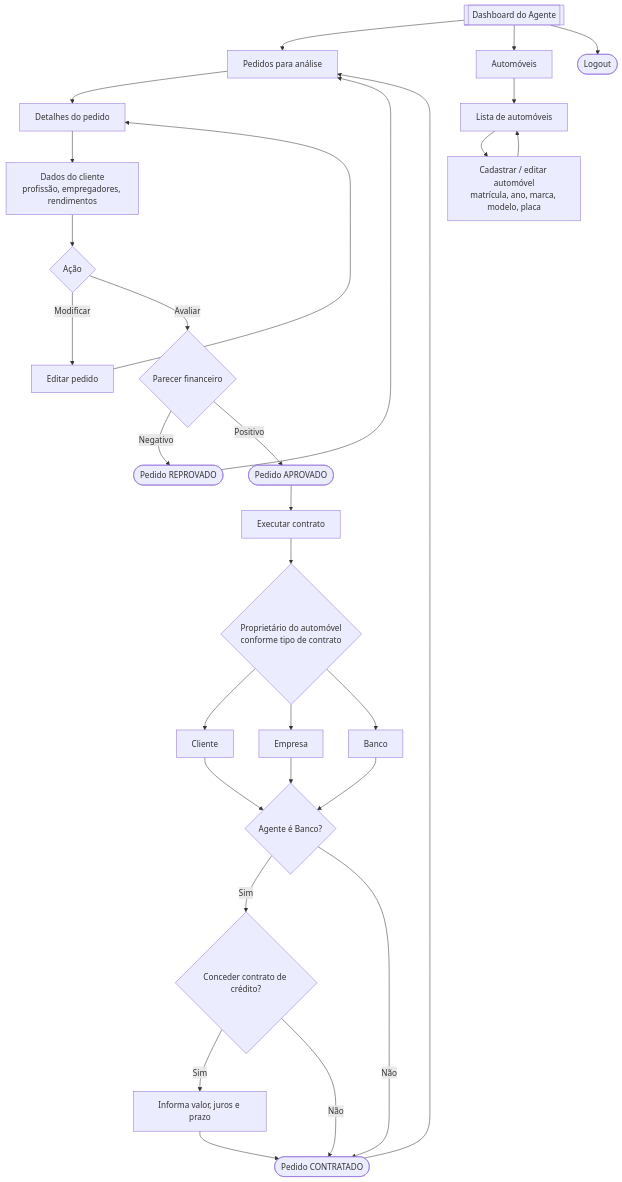
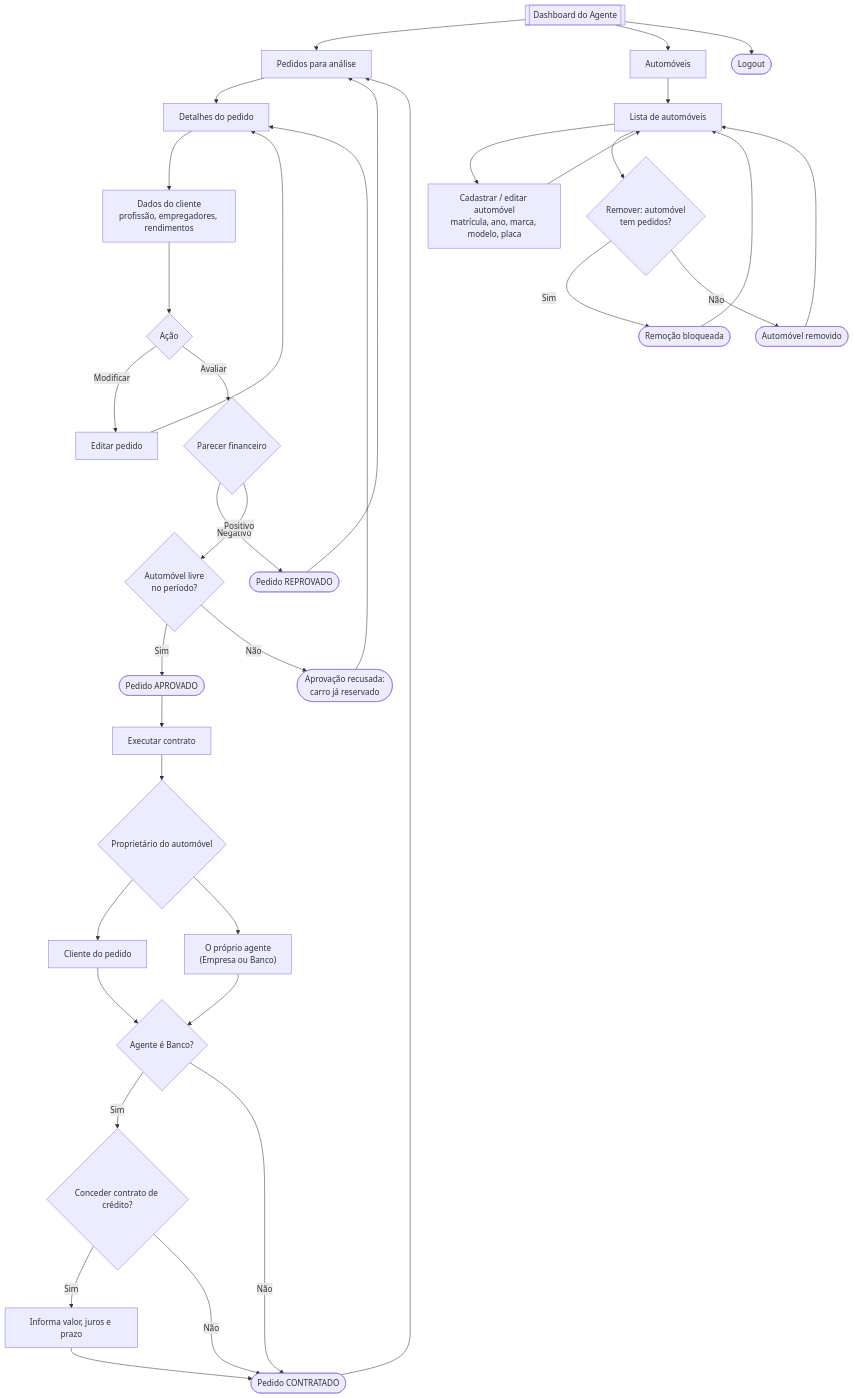
The third of 4 diagrams in docs/user-flow/user-flow.md (sophiafernandesc/car-rental-system), drawn with Mermaid before and after one commit. The commit also changed other lines of this file and 5 other files, not shown here.

Commit message:
docs: atualiza README, user flow, histórias e classes v2 após revisão

````diff
--- a/docs/user-flow/user-flow.md
+++ b/docs/user-flow/user-flow.md
@@ -79,35 +81,38 @@
 ```mermaid
 flowchart TD
     A[[Dashboard do Agente]] --> B[Pedidos para análise]
     A --> V[Automóveis]
     A --> Z([Logout])
 
     %% Avaliação
     B --> B1[Detalhes do pedido]
     B1 --> B2["Dados do cliente<br/>profissão, empregadores, rendimentos"]
     B2 --> B3{Ação}
     B3 -- Modificar --> B4[Editar pedido] --> B1
     B3 -- Avaliar --> B5{Parecer financeiro}
     B5 -- Negativo --> B6(["Pedido REPROVADO"]) --> B
-    B5 -- Positivo --> B7(["Pedido APROVADO"])
+    B5 -- Positivo --> B8{"Automóvel livre<br/>no período?"}
+    B8 -- Sim --> B7(["Pedido APROVADO"])
+    B8 -- Não --> B9(["Aprovação recusada:<br/>carro já reservado"]) --> B1
 
     %% Contrato
     B7 --> C1[Executar contrato]
-    C1 --> C2{"Proprietário do automóvel<br/>conforme tipo de contrato"}
-    C2 --> C3[Cliente]
-    C2 --> C4[Empresa]
-    C2 --> C5[Banco]
+    C1 --> C2{"Proprietário do automóvel"}
+    C2 --> C3[Cliente do pedido]
+    C2 --> C4["O próprio agente<br/>(Empresa ou Banco)"]
     C3 --> C6{Agente é Banco?}
     C4 --> C6
-    C5 --> C6
     C6 -- Sim --> C7{Conceder contrato de crédito?}
     C7 -- Sim --> C8["Informa valor, juros e prazo"] --> C9
     C7 -- Não --> C9
     C6 -- Não --> C9(["Pedido CONTRATADO"])
     C9 --> B
 
     %% Automóveis
     V --> V1["Lista de automóveis"]
     V1 --> V2["Cadastrar / editar automóvel<br/>matrícula, ano, marca, modelo, placa"]
     V2 --> V1
+    V1 --> V3{"Remover: automóvel<br/>tem pedidos?"}
+    V3 -- Sim --> V4(["Remoção bloqueada"]) --> V1
+    V3 -- Não --> V5(["Automóvel removido"]) --> V1
 ```
````
